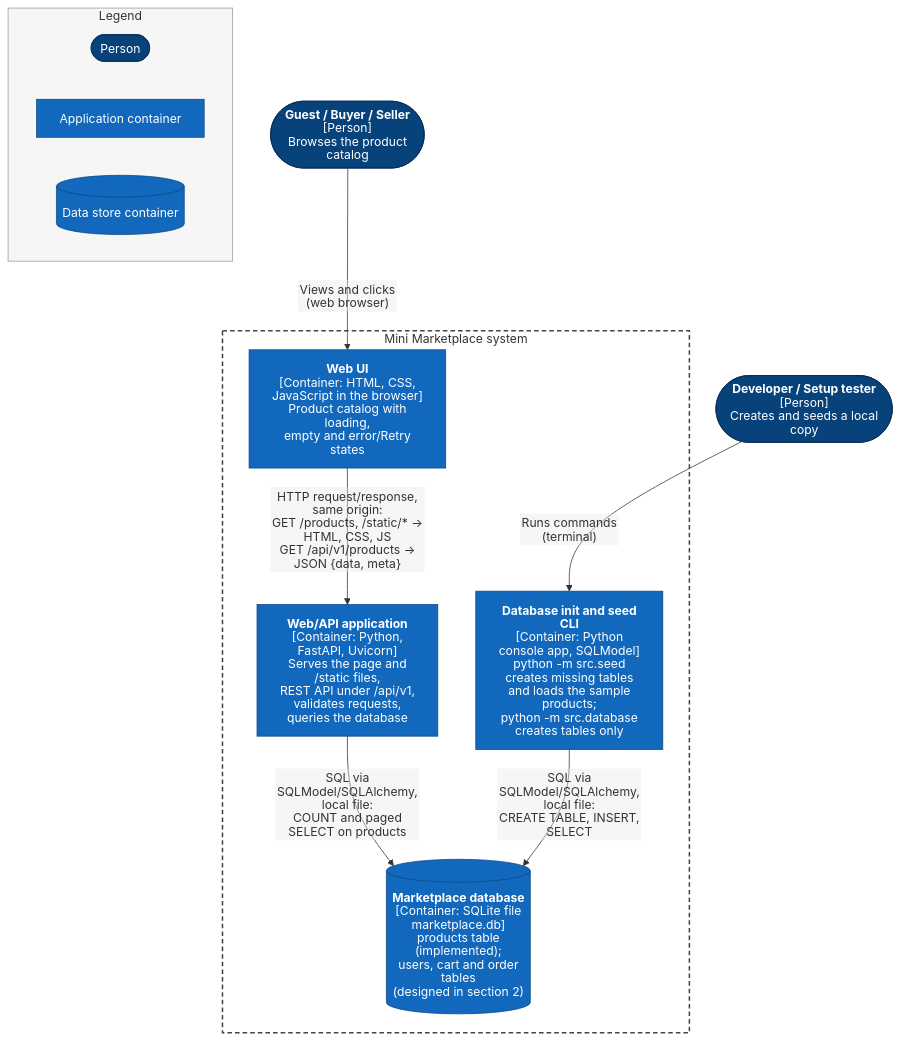
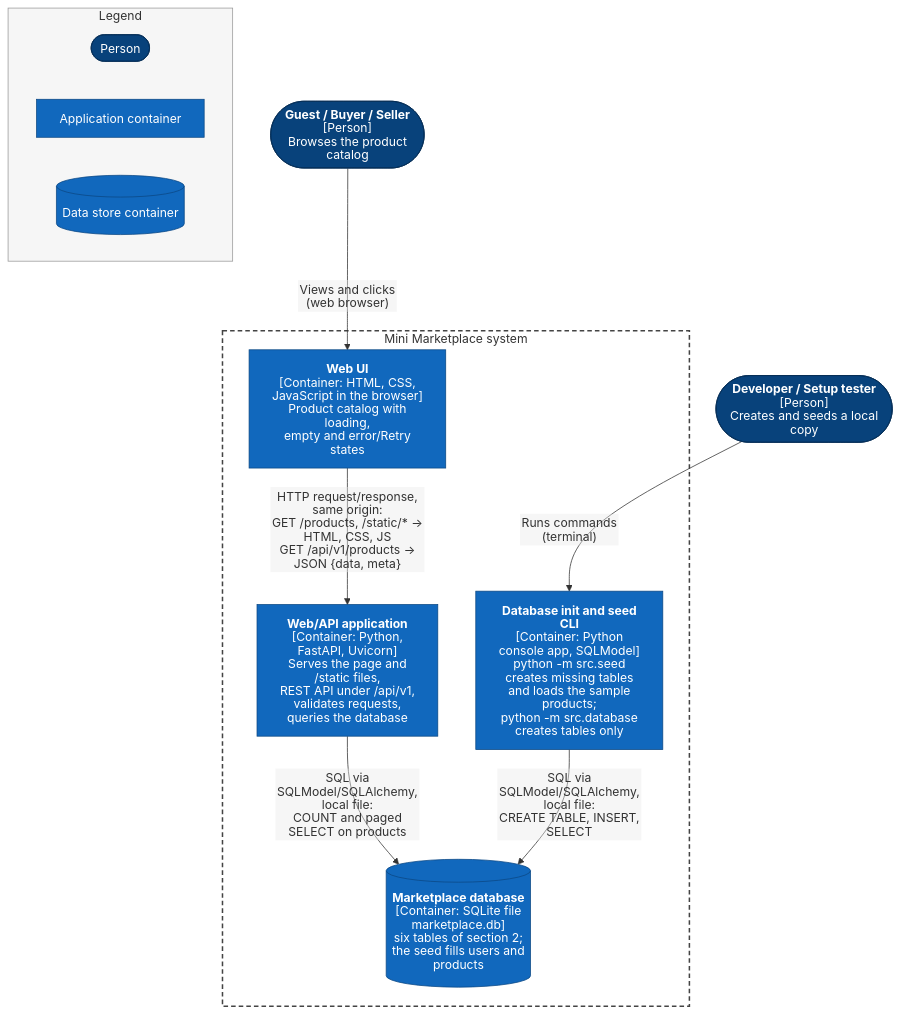
One commit to SE-FDA-NEU/G1_AI66A_SE changed the diagram in docs/images/mini-marketplace-c4.mmd. Above: the diagram before and after it, drawn with Mermaid. The commit also changed 3 other files, not shown here.

First line of the commit message:
docs: update the architecture for the merged six-table schema

```diff
--- a/docs/images/mini-marketplace-c4.mmd
+++ b/docs/images/mini-marketplace-c4.mmd
@@ -1,58 +1,57 @@
 %%{init: {"htmlLabels": false, "flowchart": {"htmlLabels": false, "useMaxWidth": false}, "fontFamily": "Arial, Helvetica, sans-serif", "themeCSS": ".edgeLabel rect, .labelBkg { fill: #ffffff !important; opacity: 1 !important; }"}}%%
 %% C4 container diagram for the Mini Marketplace (Sprint 2), see docs/design.md section 1.
 %% Rendered to mini-marketplace-c4.svg; edit this file, then render it again.
 flowchart TB
   visitor(["`**Guest / Buyer / Seller**
   [Person]
   Browses the product catalog`"])
   operator(["`**Developer / Setup tester**
   [Person]
   Creates and seeds a local copy`"])
 
   subgraph boundary["Mini Marketplace system"]
     webui["`**Web UI**
     [Container: HTML, CSS, JavaScript in the browser]
     Product catalog with loading,
     empty and error/Retry states`"]
     app["`**Web/API application**
     [Container: Python, FastAPI, Uvicorn]
     Serves the page and /static files,
     REST API under /api/v1,
     validates requests, queries the database`"]
     cli["`**Database init and seed CLI**
     [Container: Python console app, SQLModel]
     python -m src.seed creates missing tables
     and loads the sample products;
     python -m src.database creates tables only`"]
     db[("`**Marketplace database**
     [Container: SQLite file marketplace.db]
-    products table (implemented);
-    users, cart and order tables
-    (designed in section 2)`")]
+    six tables of section 2;
+    the seed fills users and products`")]
   end
 
   visitor -->|"`Views and clicks
   (web browser)`"| webui
   webui -->|"`HTTP request/response, same origin:
   GET /products, /static/* → HTML, CSS, JS
   GET /api/v1/products → JSON {data, meta}`"| app
   app -->|"`SQL via SQLModel/SQLAlchemy, local file:
   COUNT and paged SELECT on products`"| db
   operator -->|"`Runs commands
   (terminal)`"| cli
   cli -->|"`SQL via SQLModel/SQLAlchemy, local file:
   CREATE TABLE, INSERT, SELECT`"| db
 
   subgraph legend["Legend"]
     direction LR
     lperson(["Person"])
     lcontainer["Application container"]
     ldb[("Data store container")]
   end
 
   classDef person fill:#08427b,stroke:#052e56,color:#ffffff
   classDef container fill:#1168bd,stroke:#0b4884,color:#ffffff
   class visitor,operator,lperson person
   class webui,app,cli,db,lcontainer,ldb container
   style boundary fill:#ffffff,stroke:#444444,stroke-width:2px,stroke-dasharray:6 4,color:#222222
   style legend fill:#f6f6f6,stroke:#999999,color:#222222
```
